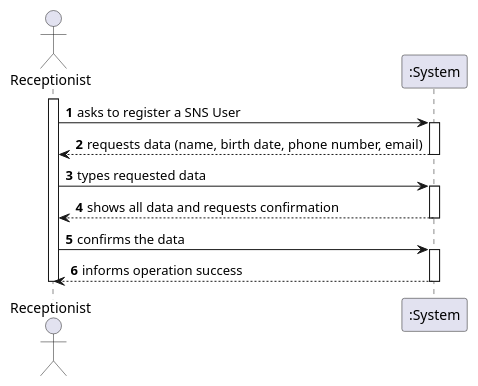
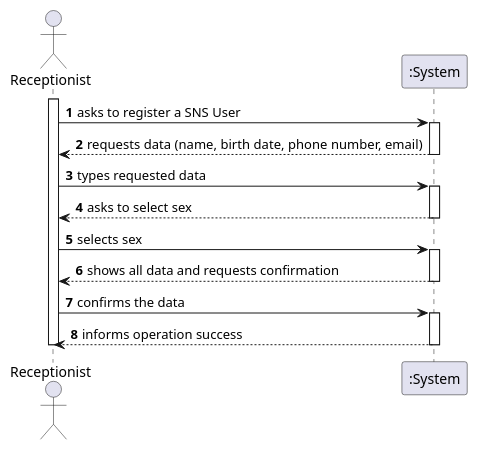
One commit to miseEnPlace-i/lapr2 changed the diagram in docs/SprintC/US03/SSD/US03_SSD.puml. Above: the diagram before and after it, drawn with PlantUML. The commit also changed 1 other file, not shown here.

Commit message:
fix(docs[US03]): add select sex to SSD

```diff
--- a/docs/SprintC/US03/SSD/US03_SSD.puml
+++ b/docs/SprintC/US03/SSD/US03_SSD.puml
@@ -1,23 +1,28 @@
-@startuml System Sequence Diagram
+@startuml US03_SSD
 autonumber
 actor "Receptionist" as Receptionist
 
 activate Receptionist
 Receptionist -> ":System" : asks to register a SNS User
 activate ":System"
 ":System" --> Receptionist : requests data (name, birth date, phone number, email)
 deactivate ":System"
 
 Receptionist -> ":System" : types requested data
+activate ":System"
+":System" --> Receptionist : asks to select sex
+deactivate ":System"
+
+Receptionist -> ":System" : selects sex
 activate ":System"
 ":System" --> Receptionist : shows all data and requests confirmation
 deactivate ":System"
 
 Receptionist -> ":System" : confirms the data
 activate ":System"
 ":System" --> Receptionist : informs operation success
 deactivate ":System"
 
 deactivate Receptionist
 
 @enduml
```
